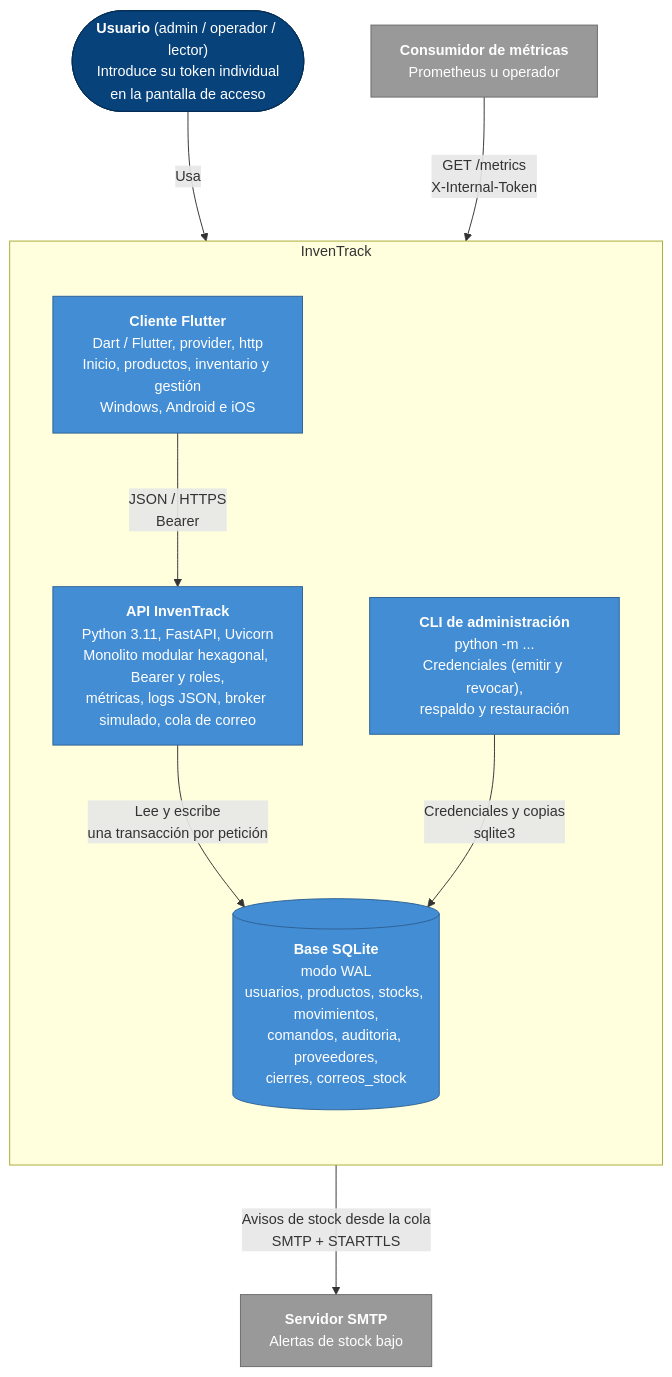
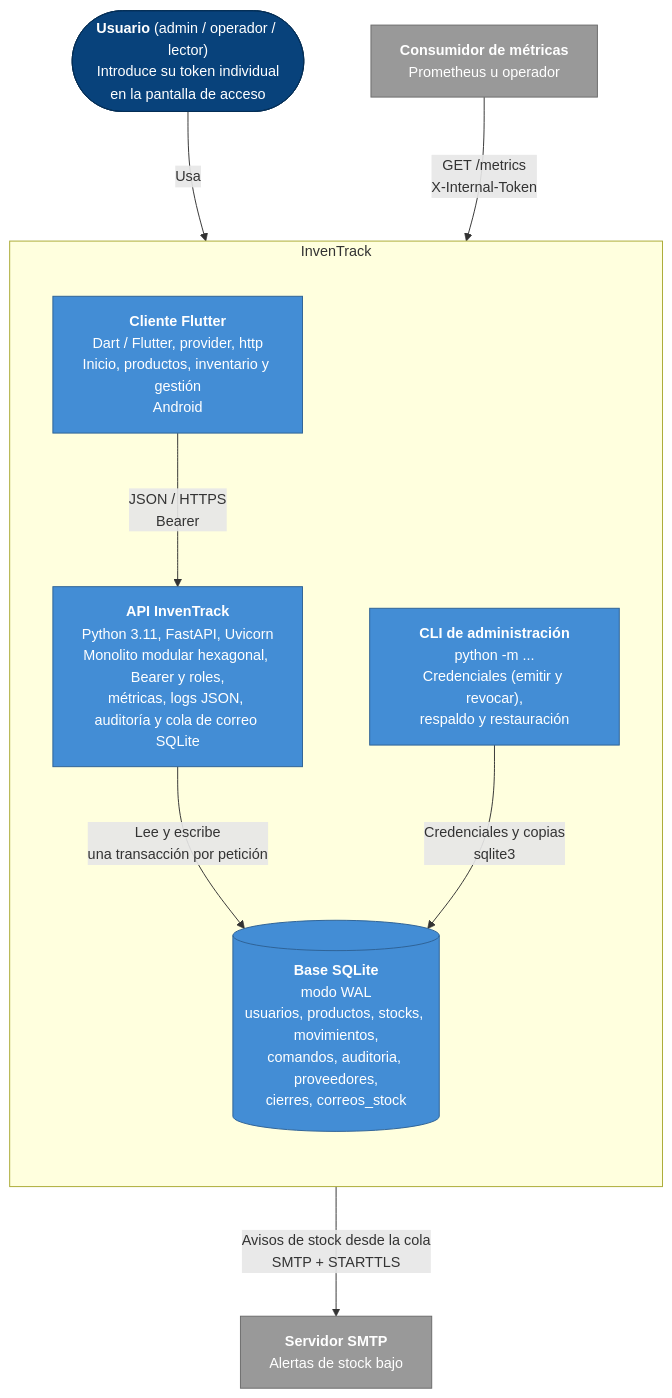
The diagram in c4-actual/02-contenedores.md (ISCOUTB/AS_202620_InvenTrack), drawn with Mermaid before and after one commit. The commit also changed other lines of this file and 19 other files, not shown here.

Commit message:
Aplicar la revisión del cliente Android y verificar la arquitectura y el flujo durable

````diff
--- a/c4-actual/02-contenedores.md
+++ b/c4-actual/02-contenedores.md
@@ -3,29 +3,29 @@
 ```mermaid
 flowchart TB
     %%{init: {"flowchart": {"nodeSpacing": 70, "rankSpacing": 90, "curve": "basis", "htmlLabels": true}, "themeVariables": {"fontSize": "15px"}}}%%
     usuario(["<b>Usuario</b> (admin / operador / lector)<br/>Introduce su token individual<br/>en la pantalla de acceso"]):::person
     monitor["<b>Consumidor de métricas</b><br/>Prometheus u operador"]:::ext
     smtp["<b>Servidor SMTP</b><br/>Alertas de stock bajo"]:::ext
 
     subgraph sis ["InvenTrack"]
         direction TB
-        app["<b>Cliente Flutter</b><br/>Dart / Flutter, provider, http<br/>Inicio, productos, inventario y gestión<br/>Windows, Android e iOS"]:::cont
-        api["<b>API InvenTrack</b><br/>Python 3.11, FastAPI, Uvicorn<br/>Monolito modular hexagonal, Bearer y roles,<br/>métricas, logs JSON, broker simulado, cola de correo"]:::cont
+        app["<b>Cliente Flutter</b><br/>Dart / Flutter, provider, http<br/>Inicio, productos, inventario y gestión<br/>Android"]:::cont
+        api["<b>API InvenTrack</b><br/>Python 3.11, FastAPI, Uvicorn<br/>Monolito modular hexagonal, Bearer y roles,<br/>métricas, logs JSON, auditoría y cola de correo SQLite"]:::cont
         db[("<b>Base SQLite</b><br/>modo WAL<br/>usuarios, productos, stocks, movimientos,<br/>comandos, auditoria, proveedores,<br/>cierres, correos_stock")]:::db
         cli["<b>CLI de administración</b><br/>python -m ...<br/>Credenciales (emitir y revocar),<br/>respaldo y restauración"]:::cont
     end
 
     usuario -->|"Usa"| app
     app -->|"JSON / HTTPS<br/>Bearer"| api
     api -->|"Lee y escribe<br/>una transacción por petición"| db
     cli -->|"Credenciales y copias<br/>sqlite3"| db
     api -->|"Avisos de stock desde la cola<br/>SMTP + STARTTLS"| smtp
     monitor -->|"GET /metrics<br/>X-Internal-Token"| api
 
     classDef person fill:#08427b,stroke:#052e56,color:#ffffff
     classDef sys fill:#1168bd,stroke:#0b4884,color:#ffffff
     classDef ext fill:#999999,stroke:#6b6b6b,color:#ffffff
     classDef cont fill:#438dd5,stroke:#2e6295,color:#ffffff
     classDef comp fill:#85bbf0,stroke:#5d82a8,color:#000000
     classDef db fill:#438dd5,stroke:#2e6295,color:#ffffff
 ```
````
